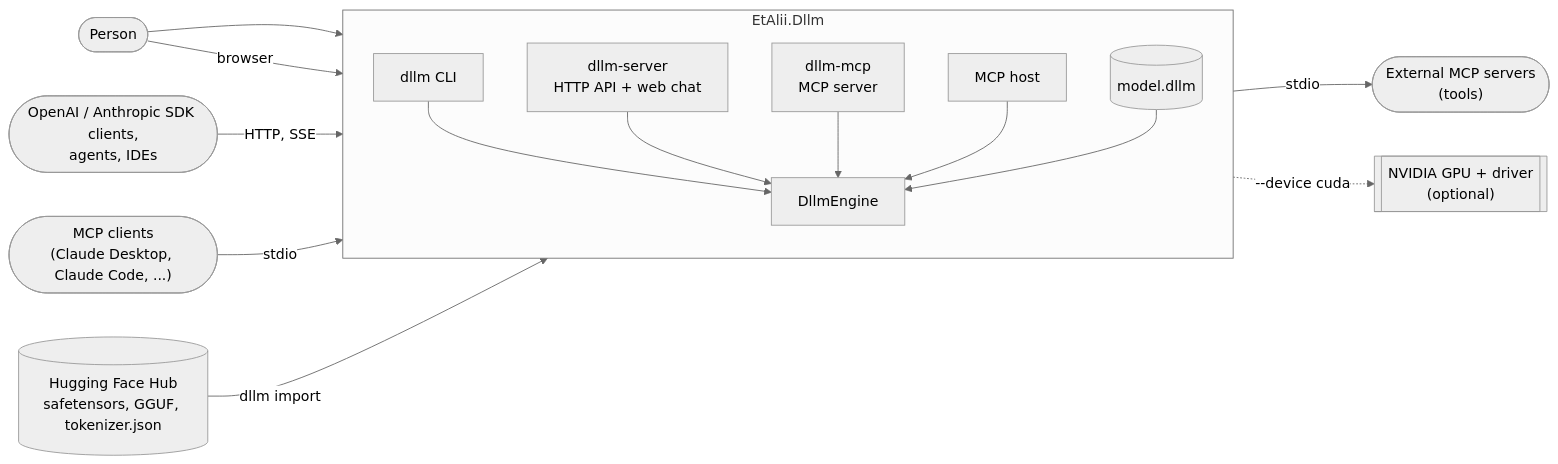
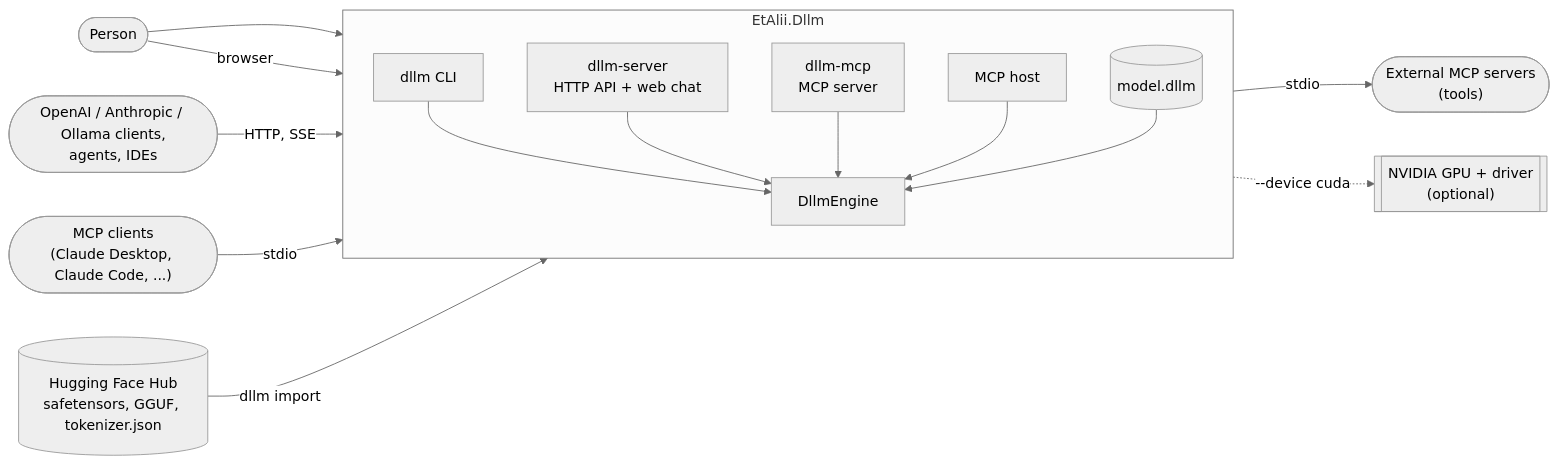
One commit to vrenken/etalii.dllm changed the first of 2 diagrams in docs/architecture/README.md. Above: the diagram before and after it, drawn with Mermaid (neutral theme). The commit also changed other lines of this file and 1 other file, not shown here.

First line of the commit message:
Architecture docs: front ends, APIs and MCP

````diff
--- a/docs/architecture/README.md
+++ b/docs/architecture/README.md
@@ -36,30 +36,30 @@
 ```mermaid
 flowchart LR
     user(["Person"])
-    sdk(["OpenAI / Anthropic SDK clients,<br/>agents, IDEs"])
+    sdk(["OpenAI / Anthropic / Ollama clients,<br/>agents, IDEs"])
     mcpclient(["MCP clients<br/>(Claude Desktop, Claude Code, ...)"])
     hub[("Hugging Face Hub<br/>safetensors, GGUF, tokenizer.json")]
     mcpservers(["External MCP servers<br/>(tools)"])
     gpu[["NVIDIA GPU + driver<br/>(optional)"]]
 
     subgraph dllm["EtAlii.Dllm"]
         direction TB
         cli["dllm CLI"]
         server["dllm-server<br/>HTTP API + web chat"]
         mcp["dllm-mcp<br/>MCP server"]
         host["MCP host"]
         engine["DllmEngine"]
         file[("model.dllm")]
     end
 
     user --> cli
     user -->|browser| server
     sdk -->|HTTP, SSE| server
     mcpclient -->|stdio| mcp
     cli & server & mcp --> engine
     host --> engine
     host -->|stdio| mcpservers
     hub -->|dllm import| file
     file --> engine
     engine -.->|--device cuda| gpu
 ```
````
